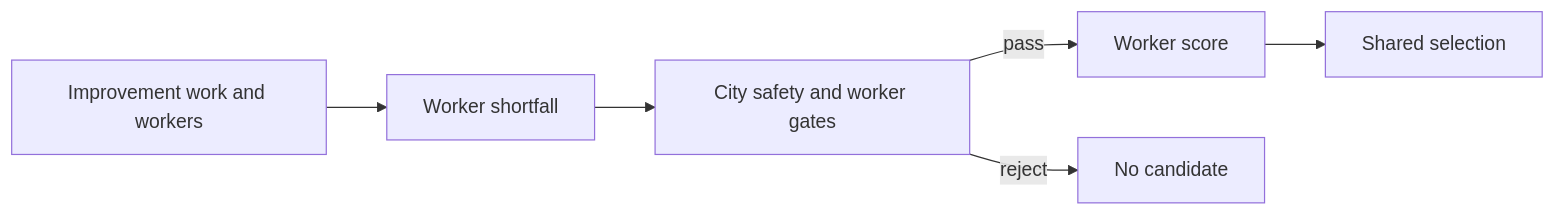
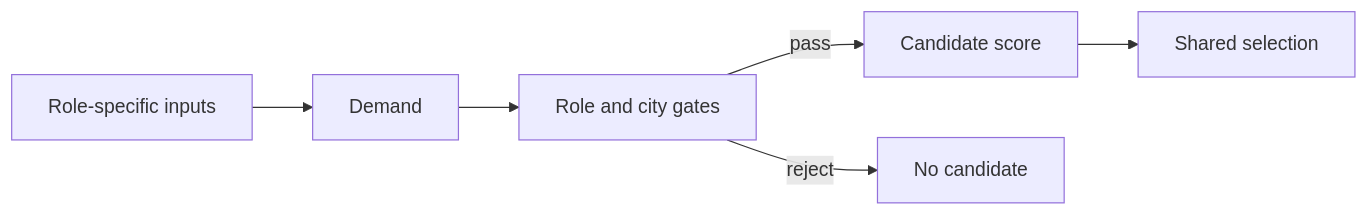
One commit to vox-deorum/vox-deorum changed the diagram in docs/developers/civ5-dll/unit-ai/civilian-production.md. Above: the diagram before and after it, drawn with Mermaid. The commit also changed other lines of this file and 14 other files, not shown here.

````diff
--- a/docs/developers/civ5-dll/unit-ai/civilian-production.md
+++ b/docs/developers/civ5-dll/unit-ai/civilian-production.md
@@ -40,8 +23,8 @@
 ```mermaid
 flowchart LR
-    I[Improvement work and workers] --> D[Worker shortfall]
-    D --> G[City safety and worker gates]
-    G -->|pass| P[Worker score]
+    I[Role-specific inputs] --> D[Demand]
+    D --> G[Role and city gates]
+    G -->|pass| S[Candidate score]
     G -->|reject| X[No candidate]
-    P --> S[Shared selection]
+    S --> P[Shared selection]
 ```
````
